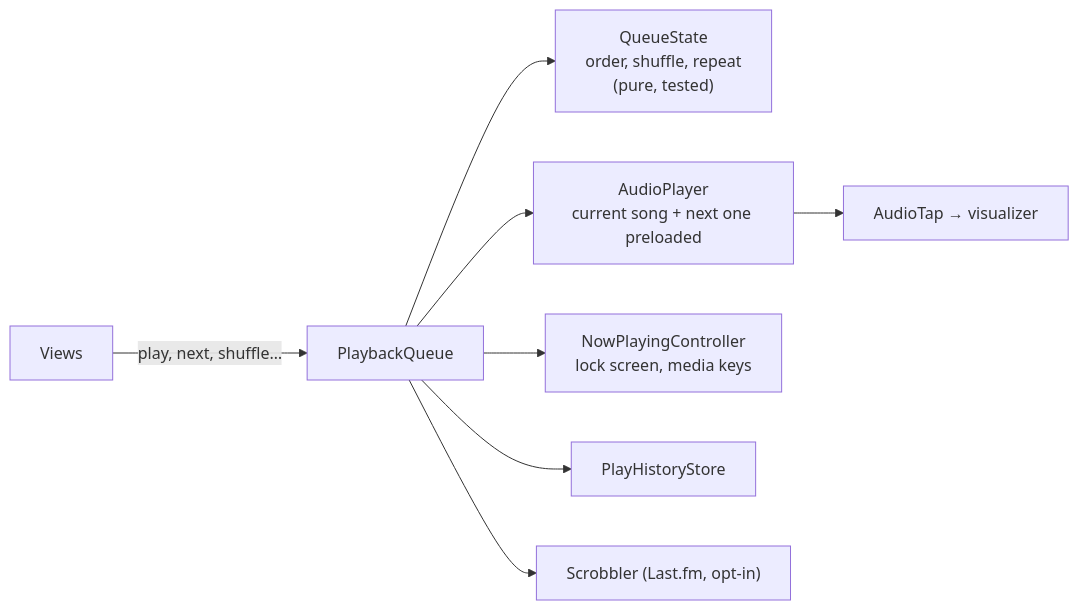
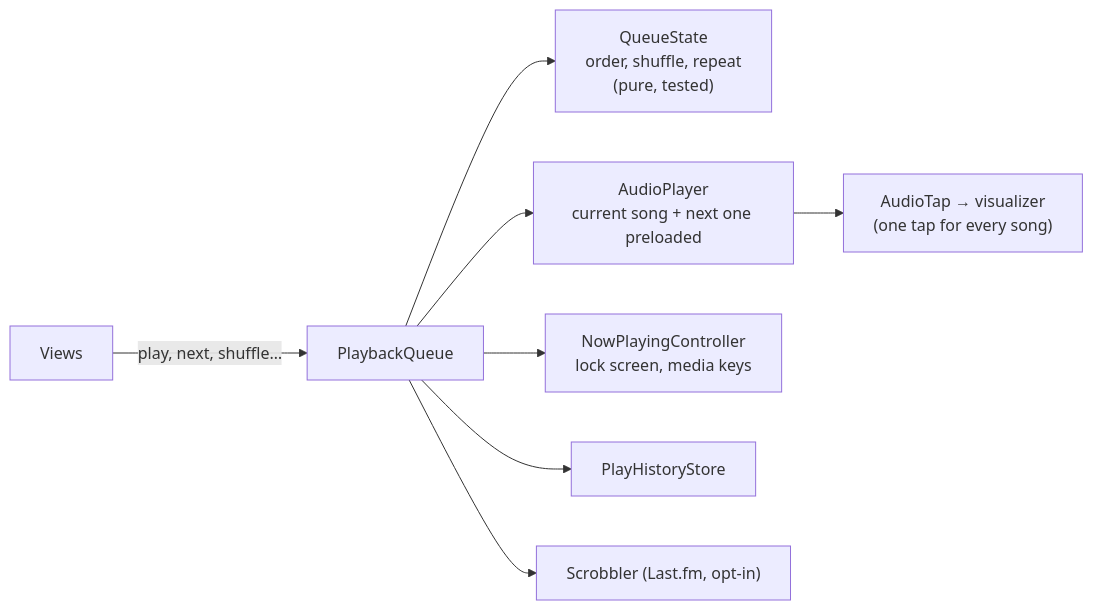
Before and after one commit to gouthamank/Beat: the fifth of 6 diagrams in ARCHITECTURE.md, drawn with Mermaid. The commit also changed other lines of this file and 2 other files, not shown here.

````diff
--- a/ARCHITECTURE.md
+++ b/ARCHITECTURE.md
@@ -190,10 +226,10 @@
 ```mermaid
 flowchart LR
     views["Views"] -- "play, next, shuffle…" --> queue["PlaybackQueue"]
     queue --> state["QueueState<br/>order, shuffle, repeat<br/>(pure, tested)"]
     queue --> player["AudioPlayer<br/>current song + next one preloaded"]
-    player --> tap["AudioTap → visualizer"]
+    player --> tap["AudioTap → visualizer<br/>(one tap for every song)"]
     queue --> np["NowPlayingController<br/>lock screen, media keys"]
     queue --> hist["PlayHistoryStore"]
     queue --> scrob["Scrobbler (Last.fm, opt-in)"]
 ```
````
